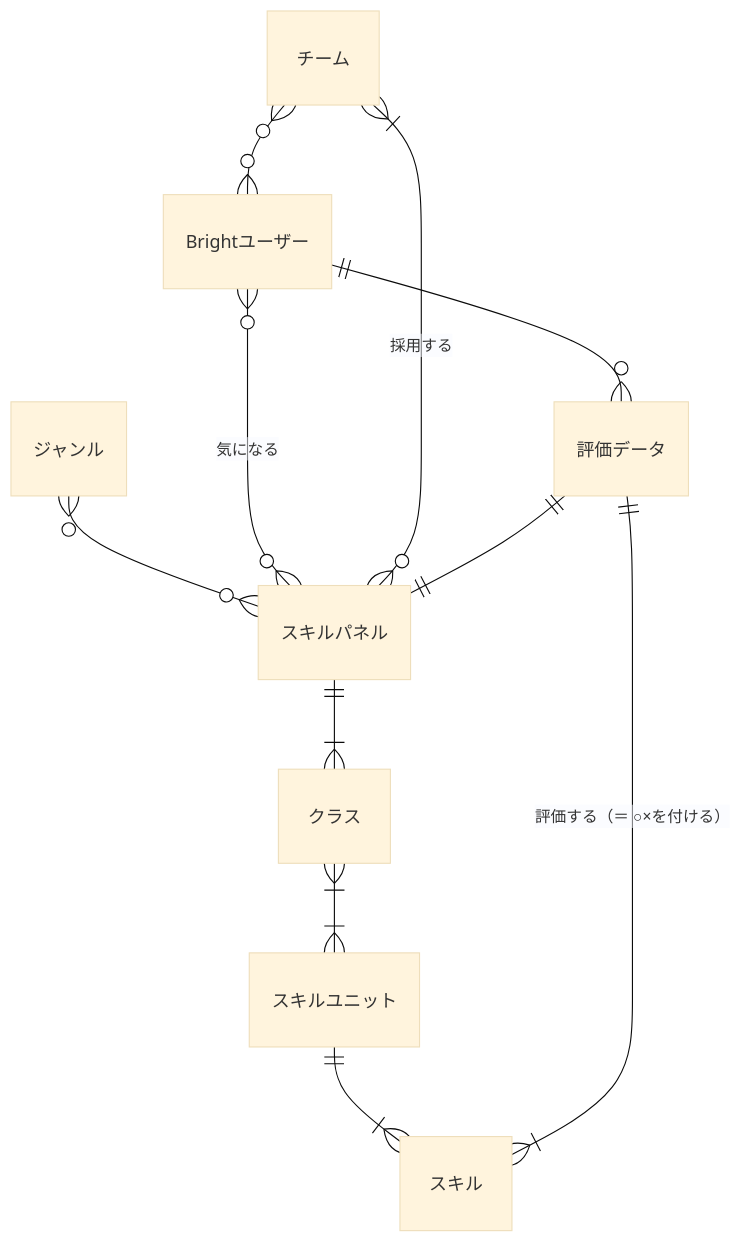
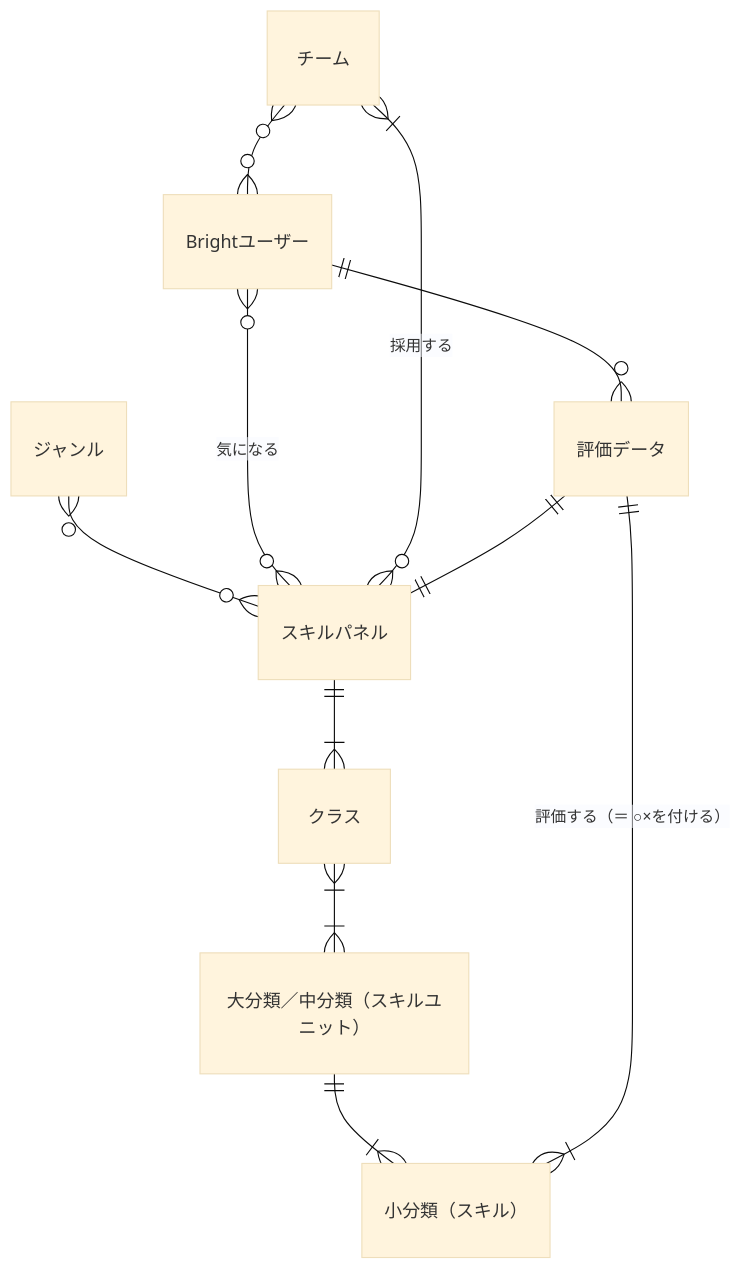
The diagram in docs/conceptual_schemas/skills.md (bright-org/bright), drawn with Mermaid (base theme) before and after one commit.

Commit message:
docs: fix "スキルユニット" and "スキル" at skills conceptual schema

````diff
--- a/docs/conceptual_schemas/skills.md
+++ b/docs/conceptual_schemas/skills.md
@@ -19,13 +19,13 @@
 ```mermaid
 erDiagram
   "スキルパネル" ||--|{ "クラス" : ""
-  "クラス" }|--|{ "スキルユニット" : ""
-  "スキルユニット" ||--|{ "スキル" : ""
+  "クラス" }|--|{ "大分類／中分類（スキルユニット）" : ""
+  "大分類／中分類（スキルユニット）" ||--|{ "小分類（スキル）" : ""
   "ジャンル" }o--o{ "スキルパネル" : ""
   "Brightユーザー" }o--o{ "スキルパネル" : "気になる"
   "Brightユーザー" ||--o{ "評価データ" : ""
   "チーム" }o--o{ "Brightユーザー" : ""
   "チーム" }|--o{ "スキルパネル" : "採用する"
   "評価データ" ||--|| "スキルパネル" : ""
-  "評価データ" ||--|{ "スキル" : "評価する（＝ ○×を付ける）"
+  "評価データ" ||--|{ "小分類（スキル）" : "評価する（＝ ○×を付ける）"
 ```
````
